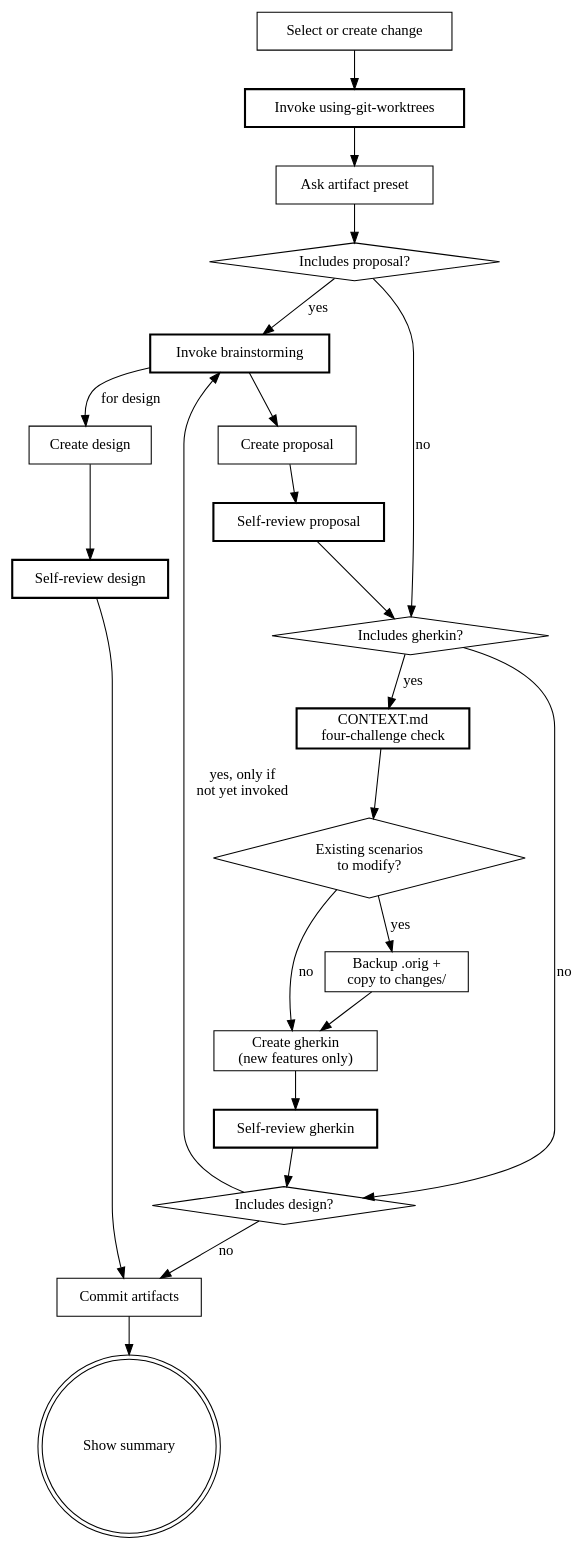
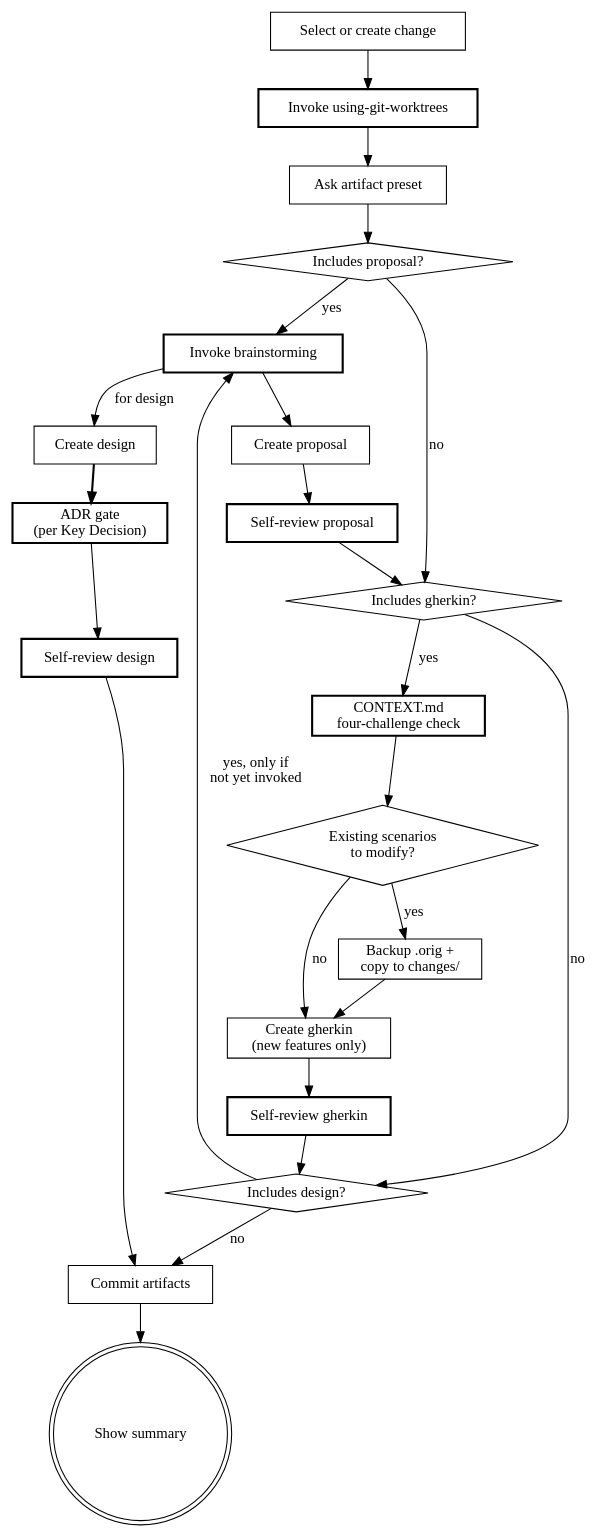
Before and after one commit to kirkchen/beat: the diagram in skills/design/SKILL.md, drawn with Graphviz. The commit also changed other lines of this file, not shown here.

First line of the commit message:
feat(design): run ADR three-condition gate on each Key Decision

````diff
--- a/skills/design/SKILL.md
+++ b/skills/design/SKILL.md
@@ -83,45 +91,47 @@
 ```dot
 digraph design {
     "Select or create change" [shape=box];
     "Invoke using-git-worktrees" [shape=box, style=bold];
     "Ask artifact preset" [shape=box];
     "Includes proposal?" [shape=diamond];
     "Invoke brainstorming" [shape=box, style=bold];
     "Create proposal" [shape=box];
     "Self-review proposal" [shape=box, style=bold];
     "Includes gherkin?" [shape=diamond];
     "CONTEXT.md\nfour-challenge check" [shape=box, style=bold];
     "Existing scenarios\nto modify?" [shape=diamond];
     "Backup .orig +\ncopy to changes/" [shape=box];
     "Create gherkin\n(new features only)" [shape=box];
     "Self-review gherkin" [shape=box, style=bold];
     "Includes design?" [shape=diamond];
     "Create design" [shape=box];
+    "ADR gate\n(per Key Decision)" [shape=box, style=bold];
     "Self-review design" [shape=box, style=bold];
     "Commit artifacts" [shape=box];
     "Show summary" [shape=doublecircle];
 
     "Select or create change" -> "Invoke using-git-worktrees";
     "Invoke using-git-worktrees" -> "Ask artifact preset";
     "Ask artifact preset" -> "Includes proposal?";
     "Includes proposal?" -> "Invoke brainstorming" [label="yes"];
     "Includes proposal?" -> "Includes gherkin?" [label="no"];
     "Invoke brainstorming" -> "Create proposal";
     "Create proposal" -> "Self-review proposal";
     "Self-review proposal" -> "Includes gherkin?";
     "Includes gherkin?" -> "CONTEXT.md\nfour-challenge check" [label="yes"];
     "Includes gherkin?" -> "Includes design?" [label="no"];
     "CONTEXT.md\nfour-challenge check" -> "Existing scenarios\nto modify?";
     "Existing scenarios\nto modify?" -> "Backup .orig +\ncopy to changes/" [label="yes"];
     "Existing scenarios\nto modify?" -> "Create gherkin\n(new features only)" [label="no"];
     "Backup .orig +\ncopy to changes/" -> "Create gherkin\n(new features only)";
     "Create gherkin\n(new features only)" -> "Self-review gherkin";
     "Self-review gherkin" -> "Includes design?";
     "Includes design?" -> "Invoke brainstorming" [label="yes, only if\nnot yet invoked"];
     "Includes design?" -> "Commit artifacts" [label="no"];
     "Invoke brainstorming" -> "Create design" [label="for design"];
-    "Create design" -> "Self-review design";
+    "Create design" -> "ADR gate\n(per Key Decision)" [style=bold];
+    "ADR gate\n(per Key Decision)" -> "Self-review design";
     "Self-review design" -> "Commit artifacts";
     "Commit artifacts" -> "Show summary";
 }
 ```
````
